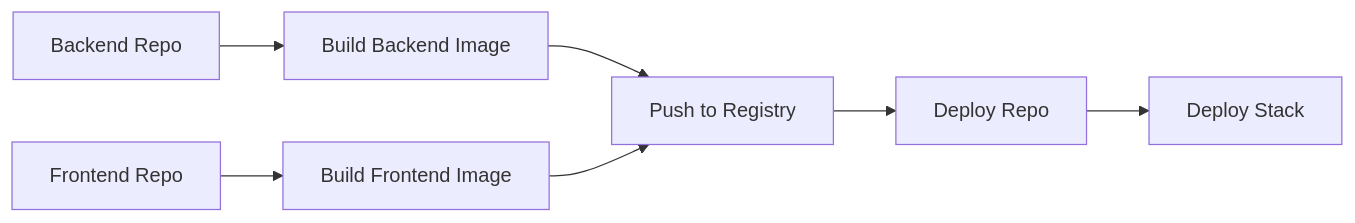
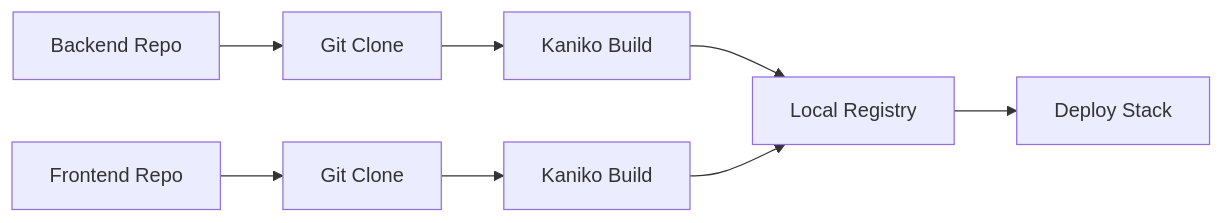
The second of 2 diagrams in docs/integration.md (DiegoBarrosA/openflow-deployment), drawn with Mermaid before and after one commit. The commit also changed other lines of this file and 9 other files, not shown here.

````diff
--- a/docs/integration.md
+++ b/docs/integration.md
@@ -118,9 +148,10 @@
 ```mermaid
 graph LR
-    A[Backend Repo] --> B[Build Backend Image]
-    C[Frontend Repo] --> D[Build Frontend Image]
-    B --> E[Push to Registry]
-    D --> E
-    E --> F[Deploy Repo]
-    F --> G[Deploy Stack]
+    A[Backend Repo] --> B[Git Clone]
+    C[Frontend Repo] --> D[Git Clone]
+    B --> E[Kaniko Build]
+    D --> F[Kaniko Build]
+    E --> G[Local Registry]
+    F --> G
+    G --> H[Deploy Stack]
 ```
````
